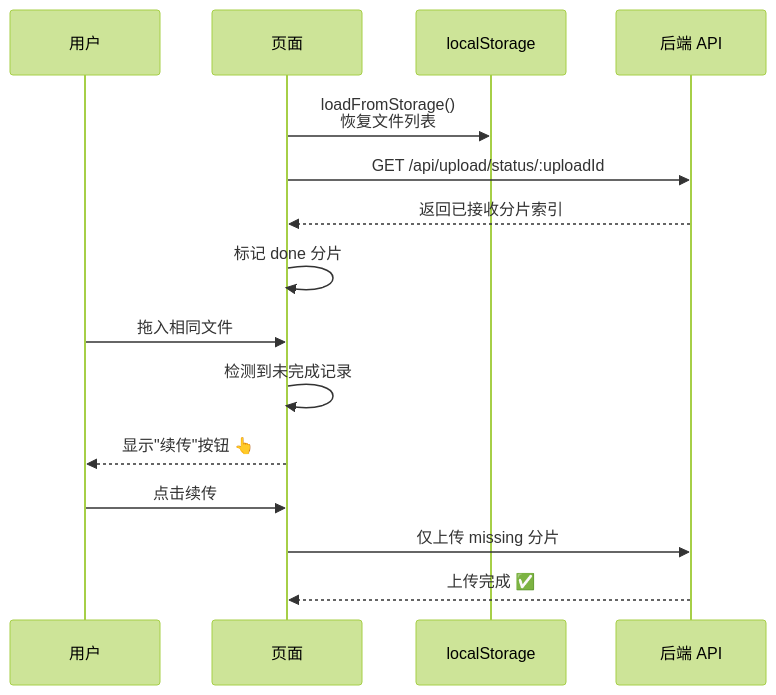
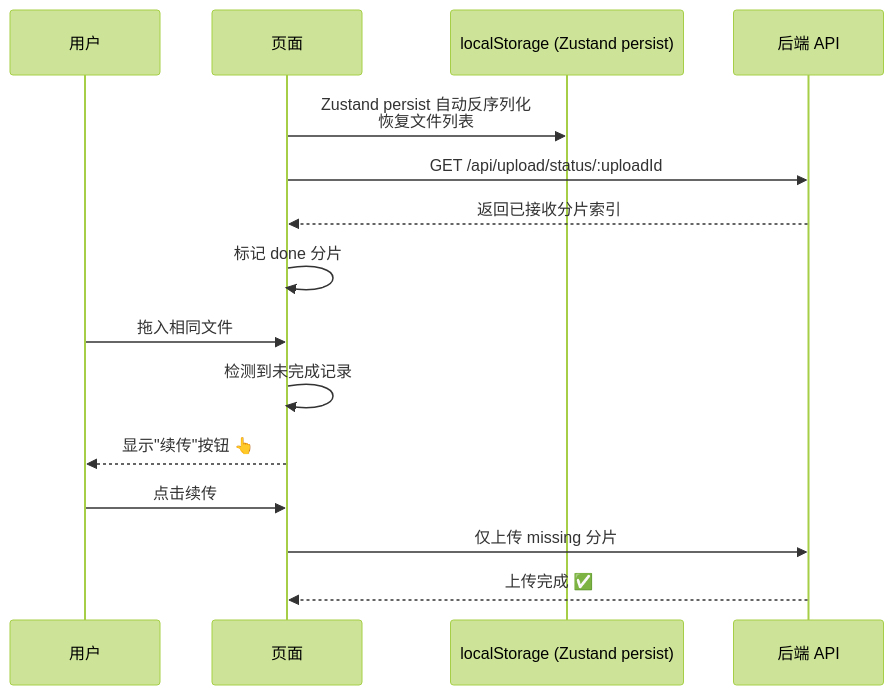
Diagram 39 of 46 in docs/面试亮点.md (KMaybe01/interview-demo), drawn with Mermaid (forest theme) before and after one commit. The commit also changed other lines of this file and 22 other files, not shown here.

````diff
--- a/docs/面试亮点.md
+++ b/docs/面试亮点.md
@@ -4962,20 +4970,20 @@
 ```mermaid
 sequenceDiagram
     participant User as 用户
     participant Page as 页面
-    participant LS as localStorage
+    participant LS as localStorage (Zustand persist)
     participant API as 后端 API
 
-    Page->>LS: loadFromStorage()<br/>恢复文件列表
+    Page->>LS: Zustand persist 自动反序列化<br/>恢复文件列表
     Page->>API: GET /api/upload/status/:uploadId
     API-->>Page: 返回已接收分片索引
     Page->>Page: 标记 done 分片
 
     User->>Page: 拖入相同文件
     Page->>Page: 检测到未完成记录
     Page-->>User: 显示"续传"按钮 👆
 
     User->>Page: 点击续传
     Page->>API: 仅上传 missing 分片
     API-->>Page: 上传完成 ✅
 ```
````
